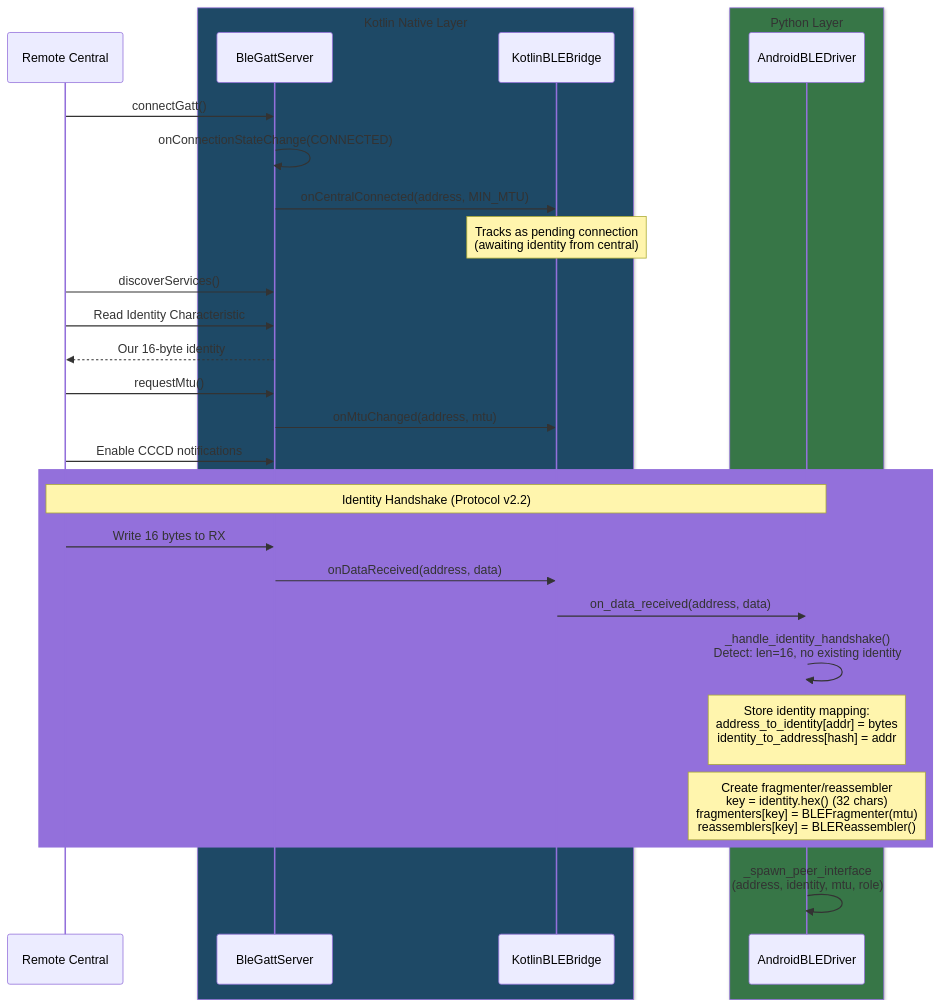
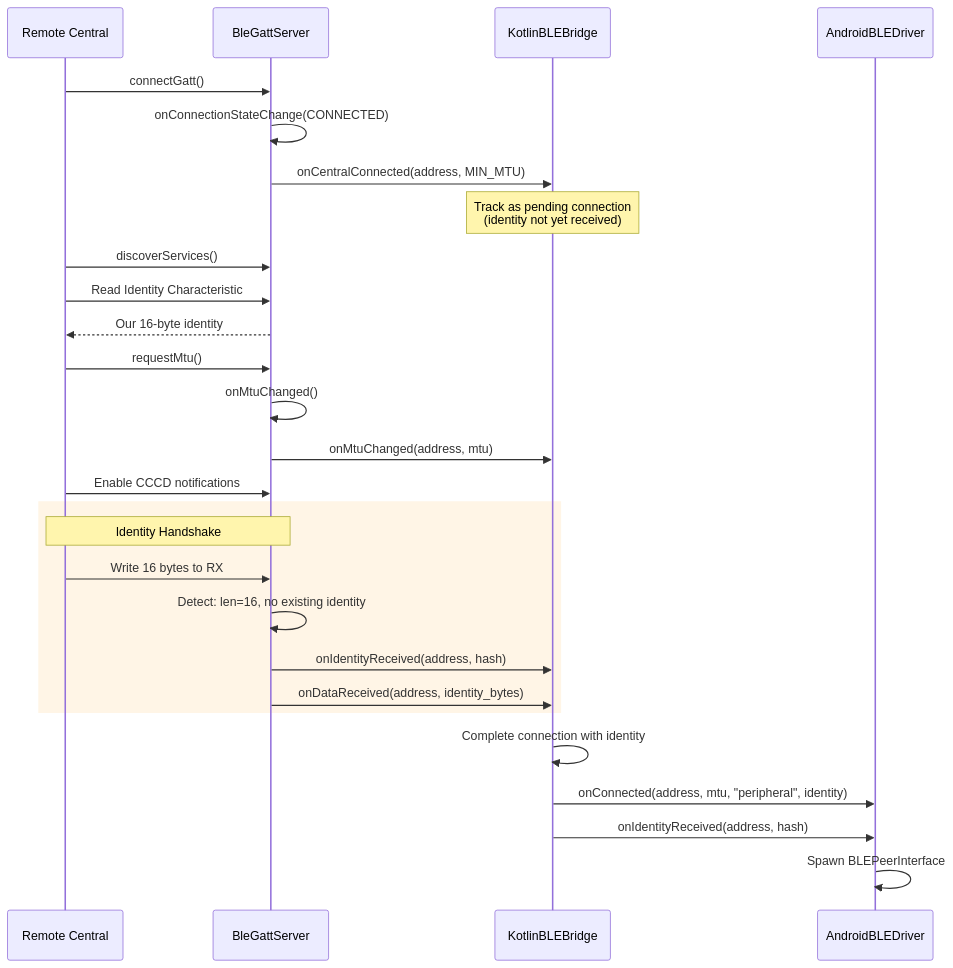
Before and after one commit to derpyspike/columba: the fourth of 17 diagrams in docs/ble-architecture.md, drawn with Mermaid. The commit also changed other lines of this file, not shown here.

Commit message:
docs(ble): improve architecture diagram layout and structure

````diff
--- a/docs/ble-architecture.md
+++ b/docs/ble-architecture.md
@@ -259,37 +166,35 @@
 ```mermaid
 sequenceDiagram
     participant Central as Remote Central
-    box rgb(30, 73, 102) Kotlin Native Layer
     participant Server as BleGattServer
     participant Bridge as KotlinBLEBridge
-    end
-    box rgb(55, 118, 71) Python Layer
     participant Python as AndroidBLEDriver
-    end
 
     Central->>Server: connectGatt()
     Server->>Server: onConnectionStateChange(CONNECTED)
     Server->>Bridge: onCentralConnected(address, MIN_MTU)
-    Note over Bridge: Tracks as pending connection<br/>(awaiting identity from central)
+    Note over Bridge: Track as pending connection<br/>(identity not yet received)
 
     Central->>Server: discoverServices()
     Central->>Server: Read Identity Characteristic
     Server-->>Central: Our 16-byte identity
 
     Central->>Server: requestMtu()
+    Server->>Server: onMtuChanged()
     Server->>Bridge: onMtuChanged(address, mtu)
 
     Central->>Server: Enable CCCD notifications
 
-    rect rgb(147, 112, 219)
-        Note over Central,Python: Identity Handshake (Protocol v2.2)
+    rect rgb(255, 245, 230)
+        Note over Central,Server: Identity Handshake
         Central->>Server: Write 16 bytes to RX
-        Server->>Bridge: onDataReceived(address, data)
-        Bridge->>Python: on_data_received(address, data)
-        Python->>Python: _handle_identity_handshake()<br/>Detect: len=16, no existing identity
-        Note over Python: Store identity mapping:<br/>address_to_identity[addr] = bytes<br/>identity_to_address[hash] = addr<br/>
-        Note over Python: Create fragmenter/reassembler<br/>key = identity.hex() (32 chars)<br/>fragmenters[key] = BLEFragmenter(mtu)<br/>reassemblers[key] = BLEReassembler()
+        Server->>Server: Detect: len=16, no existing identity
+        Server->>Bridge: onIdentityReceived(address, hash)
+        Server->>Bridge: onDataReceived(address, identity_bytes)
     end
 
-    Python->>Python: _spawn_peer_interface<br/>(address, identity, mtu, role)
+    Bridge->>Bridge: Complete connection with identity
+    Bridge->>Python: onConnected(address, mtu, "peripheral", identity)
+    Bridge->>Python: onIdentityReceived(address, hash)
+    Python->>Python: Spawn BLEPeerInterface
 ```
````
